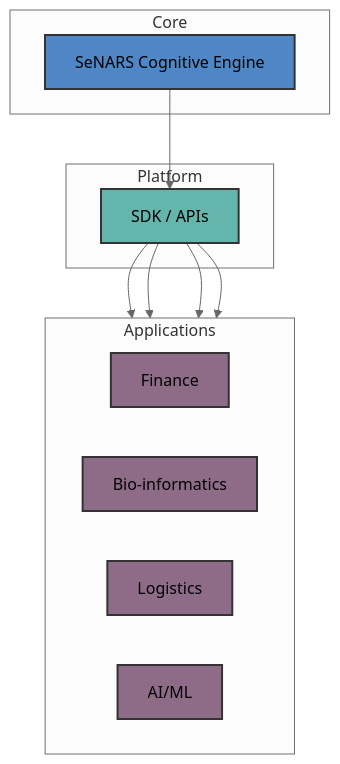
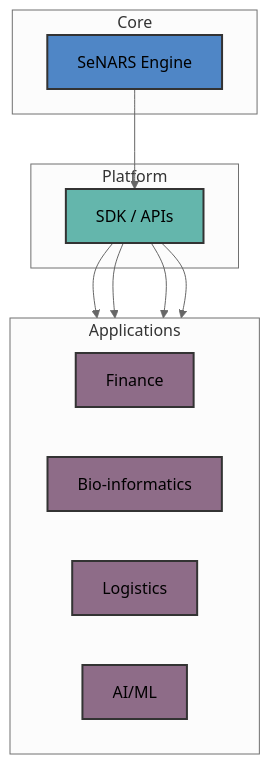
Before and after one commit to automenta/senars8: the third of 5 diagrams in docs/slides.md, drawn with Mermaid (neutral theme). The commit also changed other lines of this file and 6 other files, not shown here.

````diff
--- a/docs/slides.md
+++ b/docs/slides.md
@@ -135,30 +132,30 @@
 ```mermaid
 graph TD
     subgraph "Applications"
         direction LR
         A["Finance"]
         B["Bio-informatics"]
         C["Logistics"]
         D["AI/ML"]
     end
     subgraph "Platform"
         E[SDK / APIs]
     end
     subgraph "Core"
-        F[SeNARS Cognitive Engine]
+        F[SeNARS Engine]
     end
 
     F --> E
     E --> A
     E --> B
     E --> C
     E --> D
 
     classDef core fill:#4F86C6,stroke:#333,stroke-width:2px;
     classDef platform fill:#64B6AC,stroke:#333,stroke-width:2px;
     classDef app fill:#8E6C88,stroke:#333,stroke-width:2px;
 
     class F core;
     class E platform;
     class A,B,C,D app;
 ```
````
